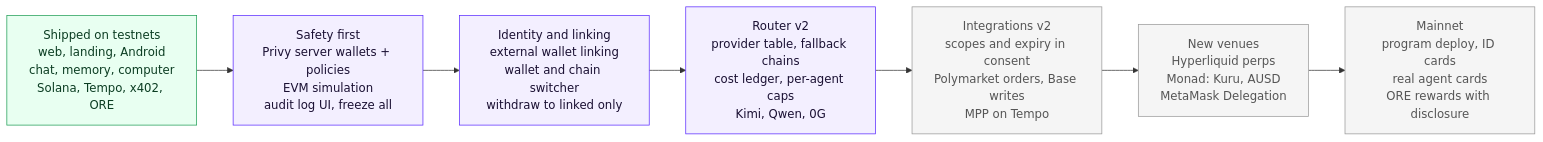
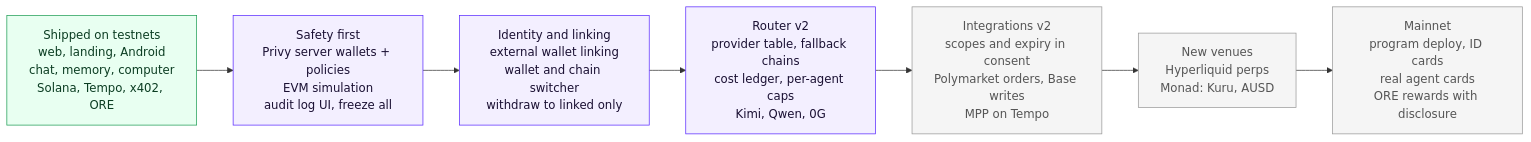
Before and after one commit to xElvolution/lexari: the eighth of 8 diagrams in README.md, drawn with Mermaid. The commit also changed other lines of this file and 28 other files, not shown here.

Commit message:
Remove the MetaMask wallet plugin and MetaMask Delegation connector

````diff
--- a/README.md
+++ b/README.md
@@ -663,16 +659,16 @@
 ```mermaid
 flowchart LR
   classDef done fill:#e8fff1,stroke:#1f9d55,color:#0b3d22
   classDef next fill:#f3efff,stroke:#5b2bff,color:#1a1033
   classDef later fill:#f5f5f5,stroke:#9a9a9a,color:#555555
 
   NOW["Shipped on testnets<br/>web, landing, Android<br/>chat, memory, computer<br/>Solana, Tempo, x402, ORE"]:::done
   S1["Safety first<br/>Privy server wallets + policies<br/>EVM simulation<br/>audit log UI, freeze all"]:::next
   S2["Identity and linking<br/>external wallet linking<br/>wallet and chain switcher<br/>withdraw to linked only"]:::next
   S3["Router v2<br/>provider table, fallback chains<br/>cost ledger, per-agent caps<br/>Kimi, Qwen, 0G"]:::next
   S4["Integrations v2<br/>scopes and expiry in consent<br/>Polymarket orders, Base writes<br/>MPP on Tempo"]:::later
-  S5["New venues<br/>Hyperliquid perps<br/>Monad: Kuru, AUSD<br/>MetaMask Delegation"]:::later
+  S5["New venues<br/>Hyperliquid perps<br/>Monad: Kuru, AUSD"]:::later
   S6["Mainnet<br/>program deploy, ID cards<br/>real agent cards<br/>ORE rewards with disclosure"]:::later
 
   NOW --> S1 --> S2 --> S3 --> S4 --> S5 --> S6
 ```
````
